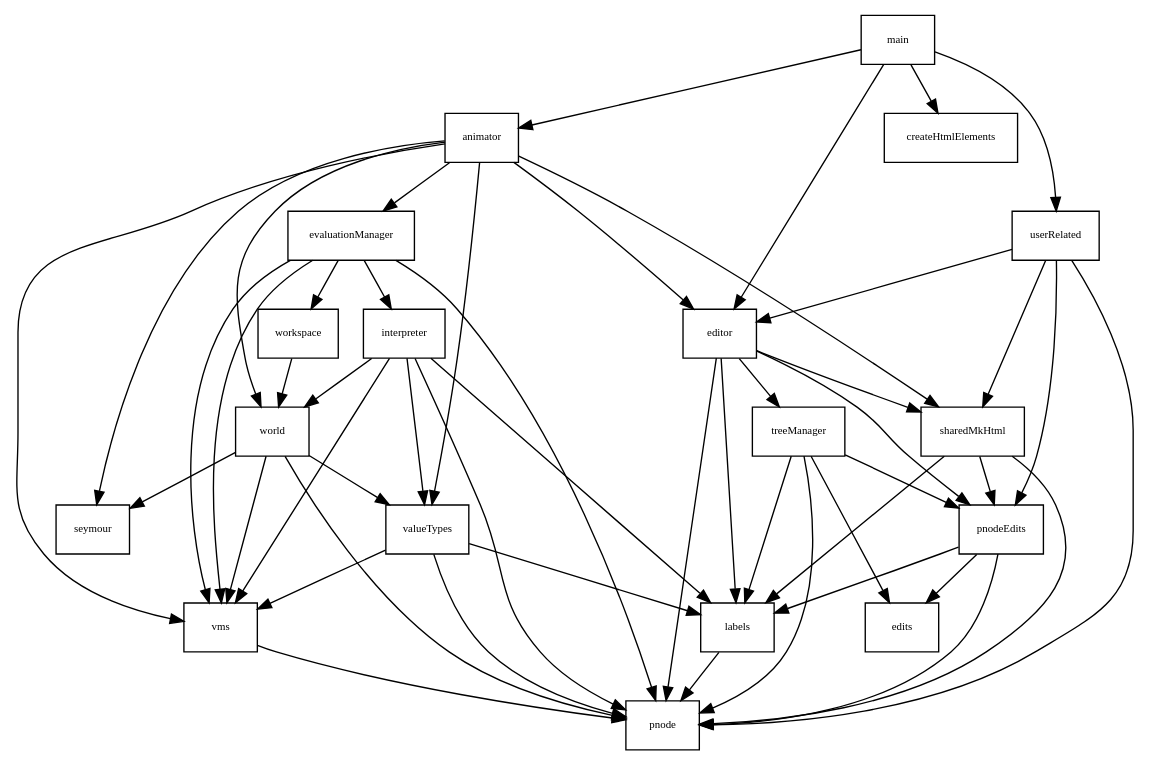
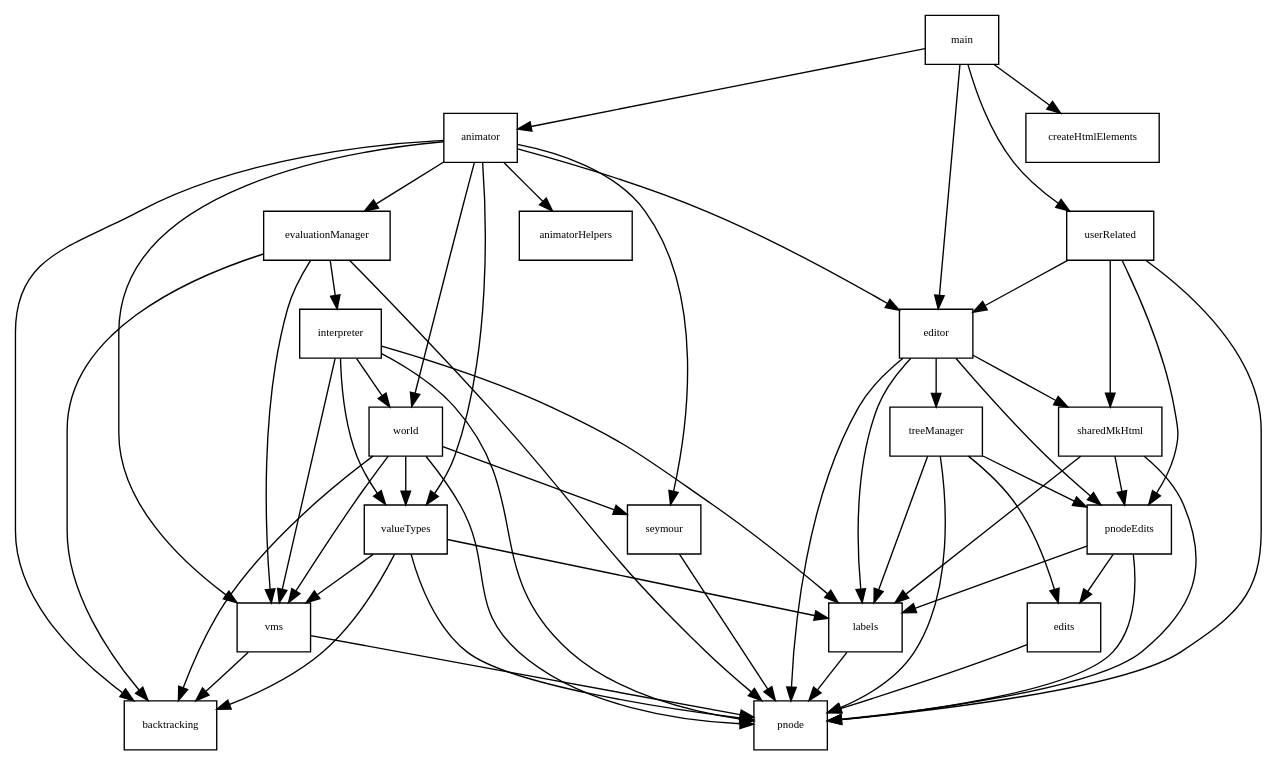
Before and after one commit to theodore-norvell/PLAAY: the diagram in typescriptSrc/dependence.gv, drawn with Graphviz. The commit also changed 14 other files, not shown here.

Commit message:
Tidying up imports and references and ensuring the graphvis files are up to date.

```diff
--- a/typescriptSrc/dependence.gv
+++ b/typescriptSrc/dependence.gv
@@ -1,70 +1,75 @@
 digraph Depends {
 
    gsize="8,6"; ratio=fill;
    node[fontsize=8, shape=rectangle];
 
 
+   animator -> animatorHelpers ;
+   animator -> backtracking ;
    animator -> editor ;
    animator -> evaluationManager ;
    animator -> seymour ;
-   animator -> sharedMkHtml ;
    animator -> valueTypes ;
    animator -> vms ;
    animator -> world ;
 
    editor -> labels ;
    editor -> pnode ;
    editor -> pnodeEdits ;
    editor -> sharedMkHtml ;
    editor -> treeManager ;
 
-   evaluationManager -> vms ;
+   edits -> pnode ;
+
+   evaluationManager -> backtracking ;
    evaluationManager -> interpreter ;
    evaluationManager -> pnode ;
-   evaluationManager -> workspace ;
    evaluationManager -> vms ;
 
+   interpreter -> labels ;
    interpreter -> pnode ;
-   interpreter -> labels ;
    interpreter -> valueTypes ;
    interpreter -> vms ;
    interpreter -> world ;
 
    labels -> pnode ;
 
    main -> createHtmlElements ;
    main -> animator ;
    main -> editor ;
    main -> userRelated ;
 
    pnodeEdits -> edits ;
    pnodeEdits -> labels ;
    pnodeEdits -> pnode ;
 
+   seymour -> pnode ;
+
    sharedMkHtml -> labels ;
    sharedMkHtml -> pnode ;
    sharedMkHtml -> pnodeEdits ;
 
    treeManager -> edits ;
    treeManager -> labels ;
    treeManager -> pnode ;
    treeManager -> pnodeEdits ;
 
    userRelated -> editor ;
    userRelated -> pnodeEdits ;
    userRelated -> pnode ;
    userRelated -> sharedMkHtml ;
    
+   valueTypes -> backtracking ;
    valueTypes -> labels ;
    valueTypes -> pnode ;
    valueTypes -> vms ;
 
+   vms -> backtracking
    vms -> pnode ;
 
-   workspace -> world ;
-
+   world -> backtracking ;
    world -> pnode ;
    world -> seymour ;
    world -> valueTypes ;
    world -> vms ;
 }
```
